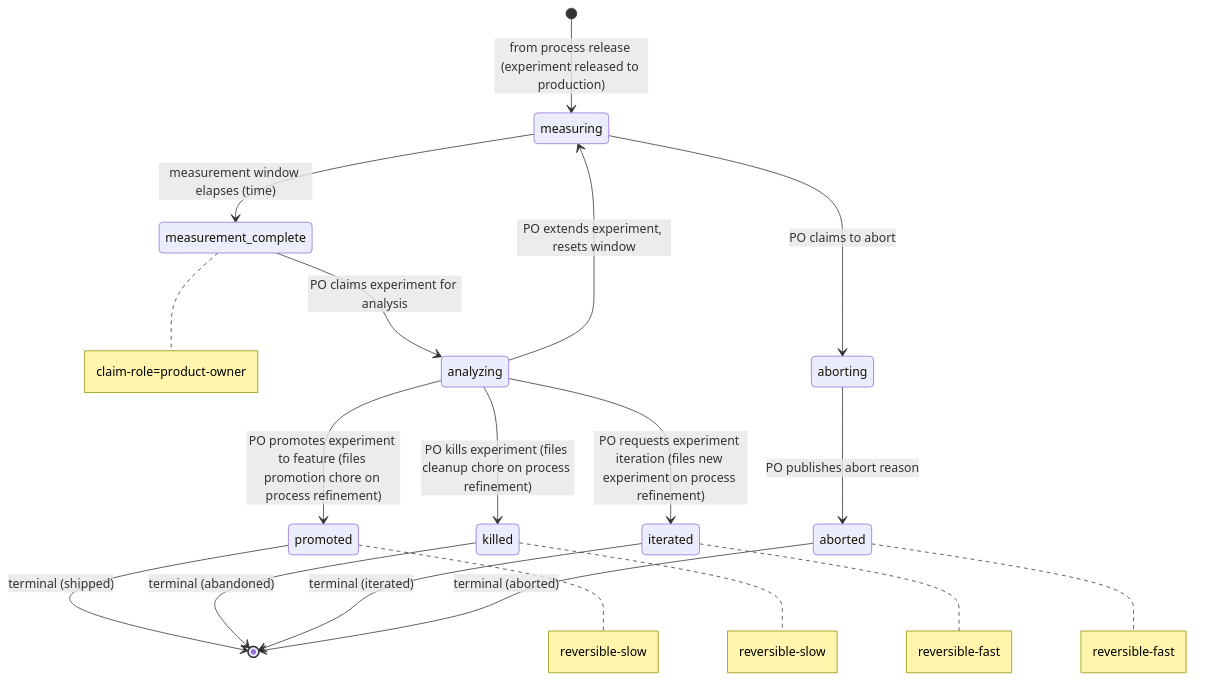
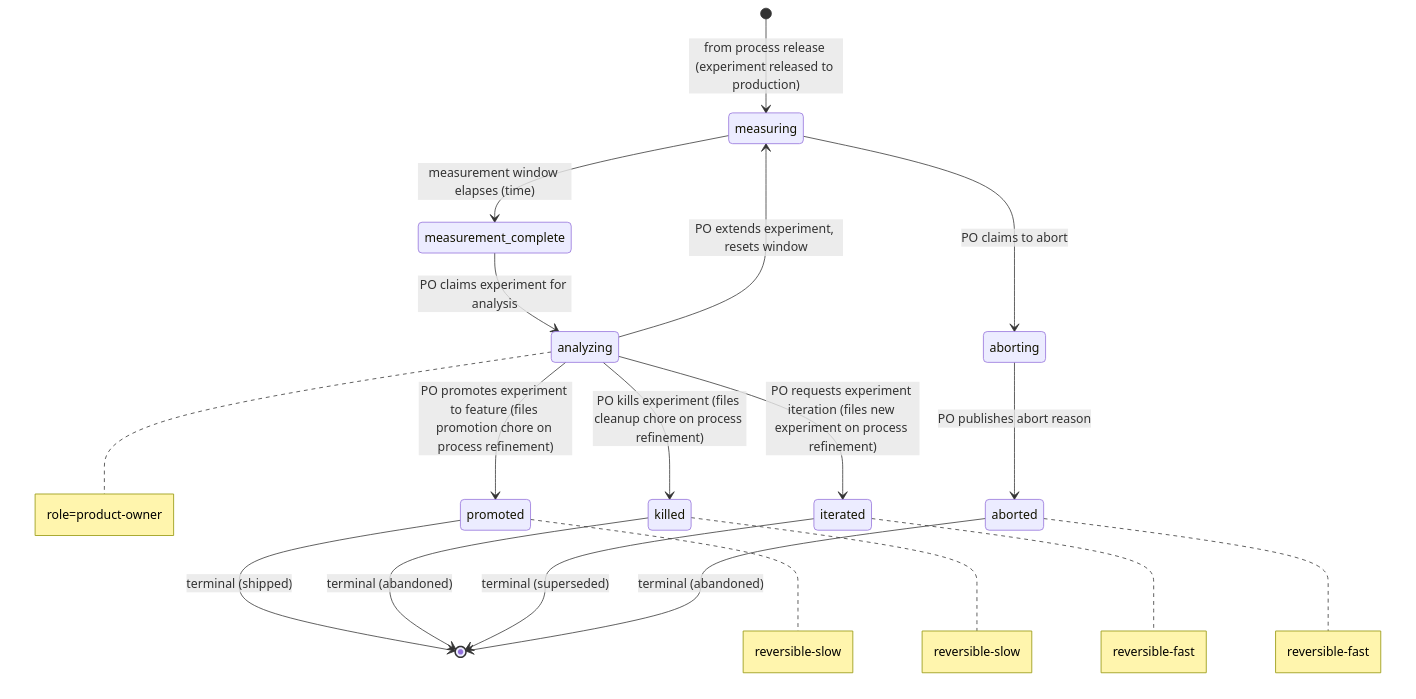
The diagram in examples/workflows/experimentation.md (blemees/blemees-workflow), drawn with Mermaid before and after one commit. The commit also changed other lines of this file and 65 other files, not shown here.

````diff
--- a/examples/workflows/experimentation.md
+++ b/examples/workflows/experimentation.md
@@ -11,26 +11,26 @@
 ```mermaid
 stateDiagram-v2
     %% Cross-process interfaces:
     %%   Entry (spawn ): measuring from process release
     %%
 
     [*] --> measuring: from process release (experiment released to production)
     measuring --> measurement_complete: measurement window elapses (time)
     measuring --> aborting: PO claims to abort
     aborting --> aborted: PO publishes abort reason
     measurement_complete --> analyzing: PO claims experiment for analysis
     analyzing --> measuring: PO extends experiment, resets window
     analyzing --> promoted: PO promotes experiment to feature (files promotion chore on process refinement)
     analyzing --> killed: PO kills experiment (files cleanup chore on process refinement)
     analyzing --> iterated: PO requests experiment iteration (files new experiment on process refinement)
     promoted --> [*]: terminal (shipped)
     killed --> [*]: terminal (abandoned)
-    iterated --> [*]: terminal (iterated)
-    aborted --> [*]: terminal (aborted)
+    iterated --> [*]: terminal (superseded)
+    aborted --> [*]: terminal (abandoned)
 
-    note right of measurement_complete: claim-role=product-owner
+    note right of analyzing: role=product-owner
     note right of promoted: reversible-slow
     note right of killed: reversible-slow
     note right of iterated: reversible-fast
     note right of aborted: reversible-fast
 ```
````
